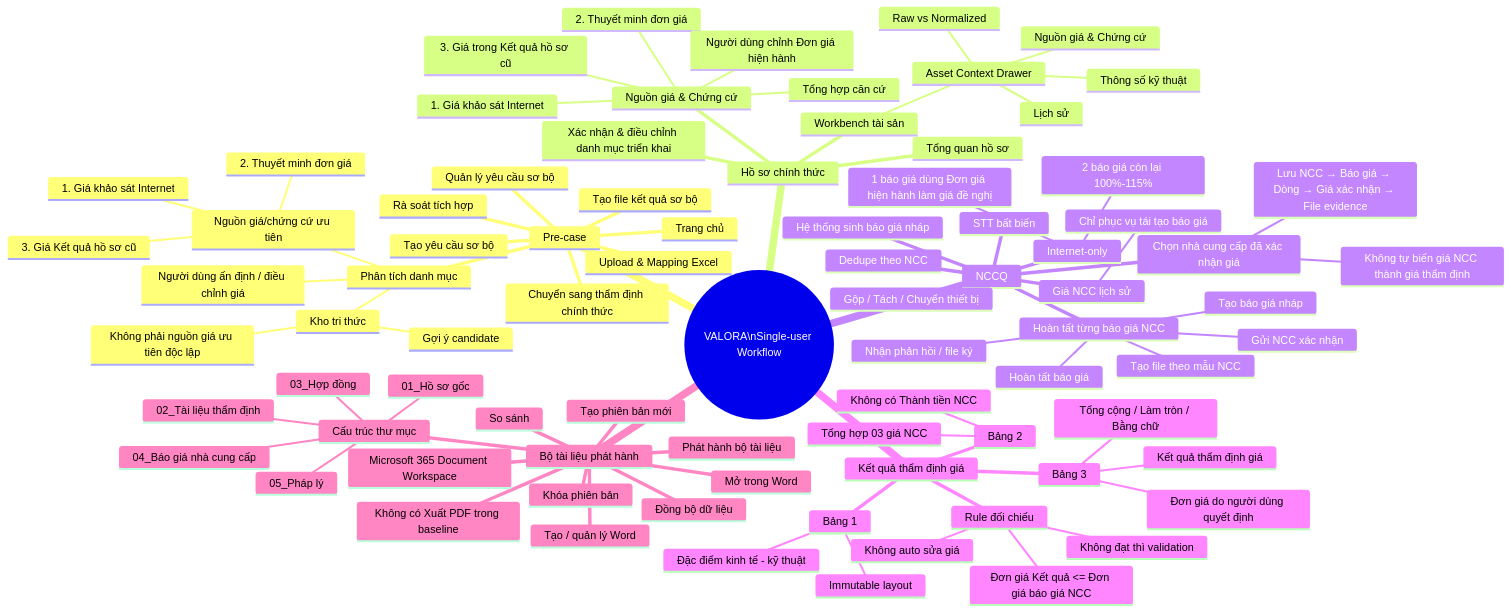
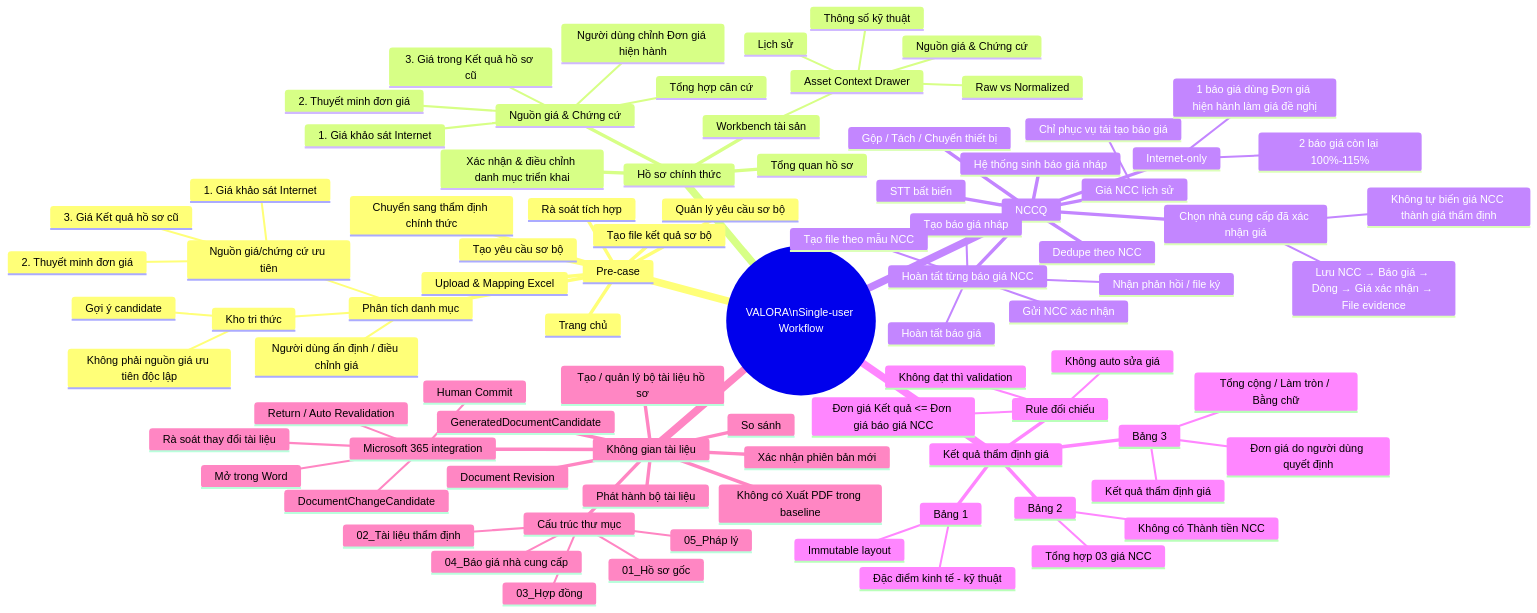
Before and after one commit to Reguluspt/valora-engineering: the diagram in docs/design/VALORA_USER_FLOW_MINDMAP_v2.3.md, drawn with Mermaid.

Commit message:
docs(design): reconcile v2.3 user-flow mindmap

```diff
--- a/docs/design/VALORA_USER_FLOW_MINDMAP_v2.3.md
+++ b/docs/design/VALORA_USER_FLOW_MINDMAP_v2.3.md
@@ -72,14 +72,18 @@
         Kết quả thẩm định giá
         Đơn giá do người dùng quyết định
         Tổng cộng / Làm tròn / Bằng chữ
-    Bộ tài liệu phát hành
-      Microsoft 365 Document Workspace
-      Tạo / quản lý Word
-      Mở trong Word
-      Đồng bộ dữ liệu
-      Tạo phiên bản mới
+    Không gian tài liệu
+      Tạo / quản lý bộ tài liệu hồ sơ
+      GeneratedDocumentCandidate
+      Xác nhận phiên bản mới
+      Document Revision
+      Microsoft 365 integration
+        Mở trong Word
+        Return / Auto Revalidation
+        DocumentChangeCandidate
+        Rà soát thay đổi tài liệu
+        Human Commit
       So sánh
-      Khóa phiên bản
       Phát hành bộ tài liệu
       Không có Xuất PDF trong baseline
       Cấu trúc thư mục
```
